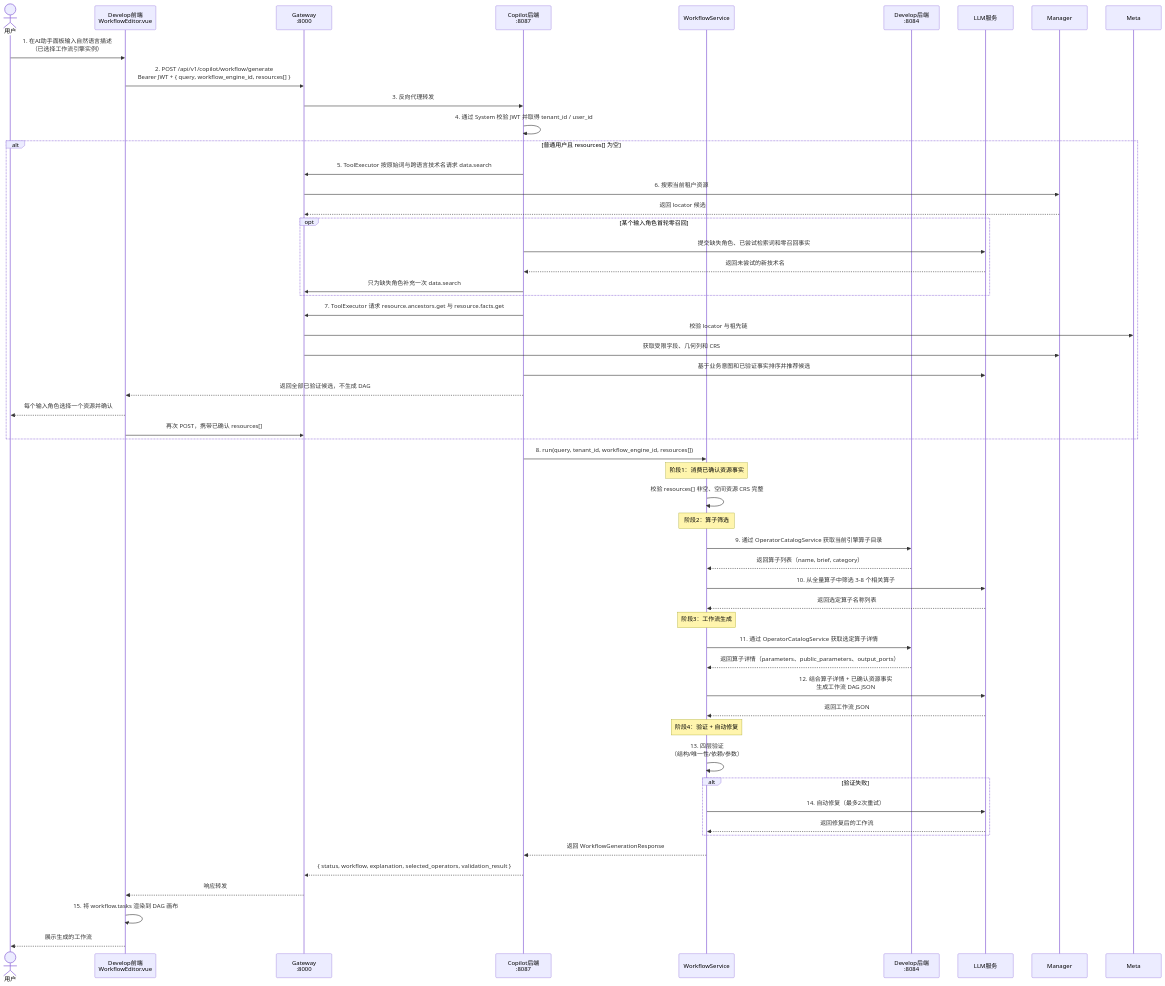
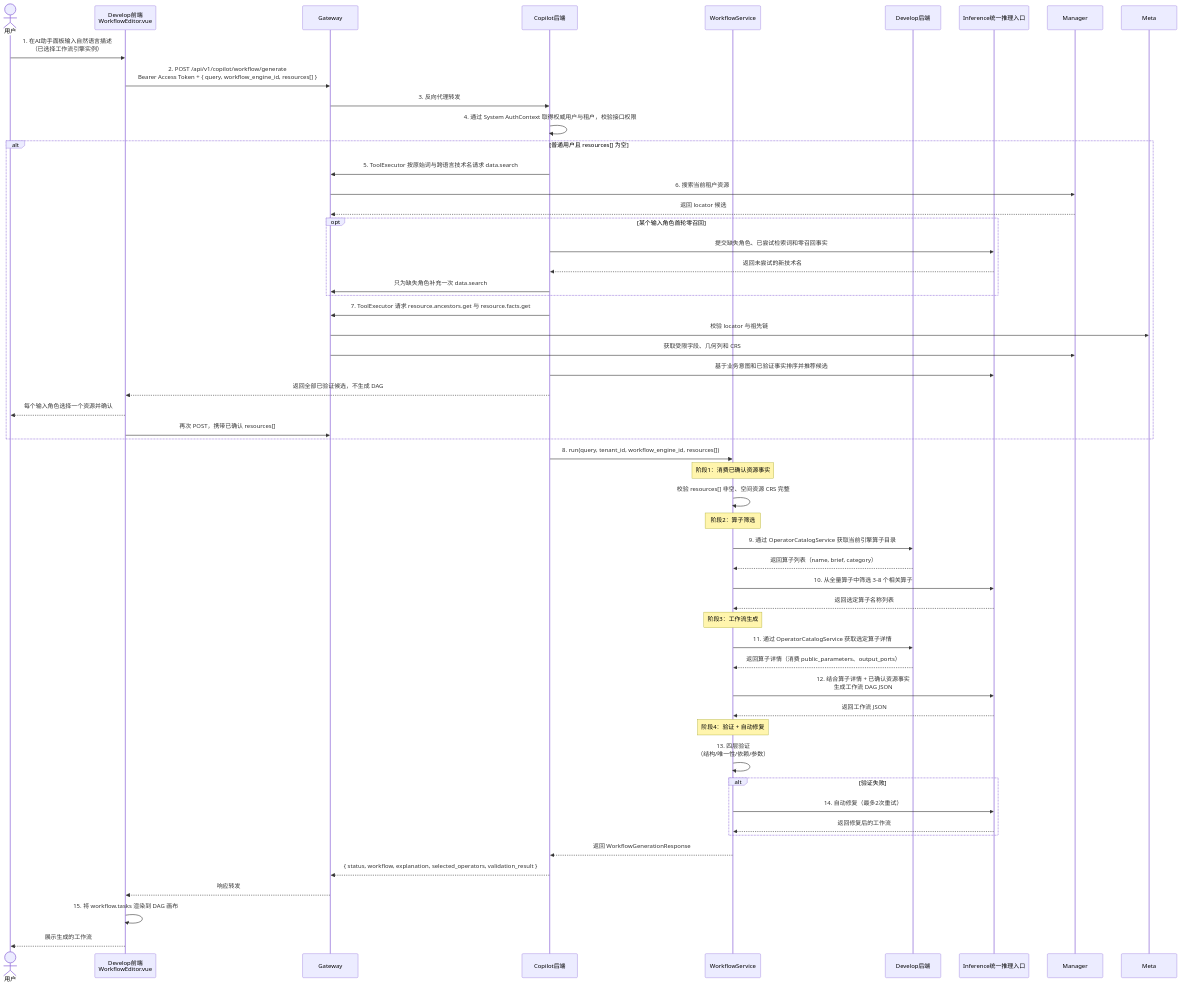
The first of 3 diagrams in copilot/docs/copilot-develop-调用关系说明.md (pampa0629/addp), drawn with Mermaid before and after one commit. The commit also changed other lines of this file and 1 other file, not shown here.

Commit message:
docs(copilot): consolidate Develop integration and operator contracts

````diff
--- a/copilot/docs/copilot-develop-调用关系说明.md
+++ b/copilot/docs/copilot-develop-调用关系说明.md
@@ -57,62 +61,62 @@
 ```mermaid
 sequenceDiagram
     actor User as 用户
     participant FE as Develop前端<br/>WorkflowEditor.vue
-    participant GW as Gateway<br/>:8000
-    participant Copilot as Copilot后端<br/>:8087
+    participant GW as Gateway
+    participant Copilot as Copilot后端
     participant WorkflowService
-    participant DevBE as Develop后端<br/>:8084
-    participant LLM as LLM服务
+    participant DevBE as Develop后端
+    participant LLM as Inference统一推理入口
 
     User->>FE: 1. 在AI助手面板输入自然语言描述<br/>（已选择工作流引擎实例）
-    FE->>GW: 2. POST /api/v1/copilot/workflow/generate<br/>Bearer JWT + { query, workflow_engine_id, resources[] }
+    FE->>GW: 2. POST /api/v1/copilot/workflow/generate<br/>Bearer Access Token + { query, workflow_engine_id, resources[] }
     GW->>Copilot: 3. 反向代理转发
-    Copilot->>Copilot: 4. 通过 System 校验 JWT 并取得 tenant_id / user_id
+    Copilot->>Copilot: 4. 通过 System AuthContext 取得权威用户与租户，校验接口权限
 
     alt 普通用户且 resources[] 为空
         Copilot->>GW: 5. ToolExecutor 按原始词与跨语言技术名请求 data.search
         GW->>Manager: 6. 搜索当前租户资源
         Manager-->>GW: 返回 locator 候选
         opt 某个输入角色首轮零召回
             Copilot->>LLM: 提交缺失角色、已尝试检索词和零召回事实
             LLM-->>Copilot: 返回未尝试的新技术名
             Copilot->>GW: 只为缺失角色补充一次 data.search
         end
         Copilot->>GW: 7. ToolExecutor 请求 resource.ancestors.get 与 resource.facts.get
         GW->>Meta: 校验 locator 与祖先链
         GW->>Manager: 获取受限字段、几何列和 CRS
         Copilot->>LLM: 基于业务意图和已验证事实排序并推荐候选
         Copilot-->>FE: 返回全部已验证候选，不生成 DAG
         FE-->>User: 每个输入角色选择一个资源并确认
         FE->>GW: 再次 POST，携带已确认 resources[]
     end
     Copilot->>WorkflowService: 8. run(query, tenant_id, workflow_engine_id, resources[])
 
     note over WorkflowService: 阶段1：消费已确认资源事实
     WorkflowService->>WorkflowService: 校验 resources[] 非空、空间资源 CRS 完整
 
     note over WorkflowService: 阶段2：算子筛选
     WorkflowService->>DevBE: 9. 通过 OperatorCatalogService 获取当前引擎算子目录
     DevBE-->>WorkflowService: 返回算子列表（name, brief, category）
     WorkflowService->>LLM: 10. 从全量算子中筛选 3-8 个相关算子
     LLM-->>WorkflowService: 返回选定算子名称列表
 
     note over WorkflowService: 阶段3：工作流生成
     WorkflowService->>DevBE: 11. 通过 OperatorCatalogService 获取选定算子详情
-    DevBE-->>WorkflowService: 返回算子详情（parameters、public_parameters、output_ports）
+    DevBE-->>WorkflowService: 返回算子详情（消费 public_parameters、output_ports）
     WorkflowService->>LLM: 12. 结合算子详情 + 已确认资源事实<br/>生成工作流 DAG JSON
     LLM-->>WorkflowService: 返回工作流 JSON
 
     note over WorkflowService: 阶段4：验证 + 自动修复
     WorkflowService->>WorkflowService: 13. 四层验证<br/>（结构/唯一性/依赖/参数）
     alt 验证失败
         WorkflowService->>LLM: 14. 自动修复（最多2次重试）
         LLM-->>WorkflowService: 返回修复后的工作流
     end
 
     WorkflowService-->>Copilot: 返回 WorkflowGenerationResponse
     Copilot-->>GW: { status, workflow, explanation, selected_operators, validation_result }
     GW-->>FE: 响应转发
     FE->>FE: 15. 将 workflow.tasks 渲染到 DAG 画布
     FE-->>User: 展示生成的工作流
 ```
````
